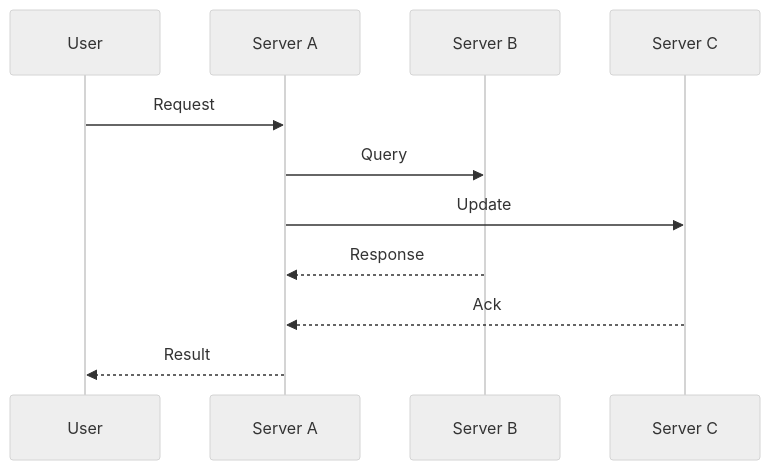
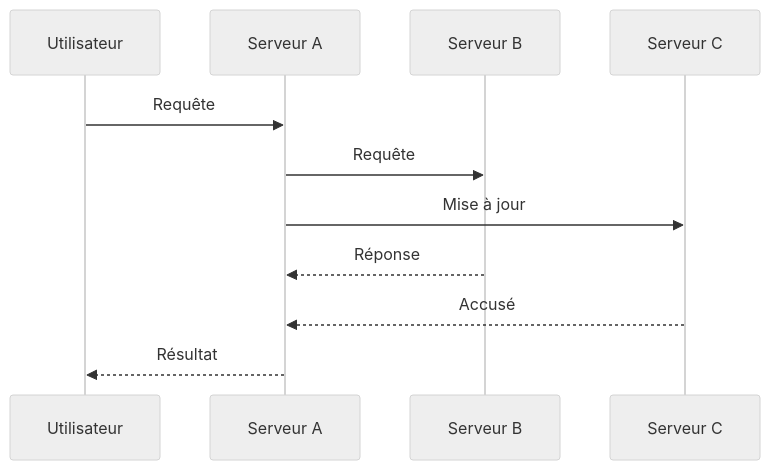
One commit to dardourimohamed/distributed-systems-course changed the second of 9 diagrams in src/fundamentals/01-what-is-ds.md. Above: the diagram before and after it, drawn with Mermaid (neutral theme). The commit also changed other lines of this file and 38 other files, not shown here.

````diff
--- a/src/fundamentals/01-what-is-ds.md
+++ b/src/fundamentals/01-what-is-ds.md
@@ -55,14 +55,14 @@
 ```mermaid
 sequenceDiagram
-    participant U as User
-    participant A as Server A
-    participant B as Server B
-    participant C as Server C
+    participant U as Utilisateur
+    participant A as Serveur A
+    participant B as Serveur B
+    participant C as Serveur C
 
-    U->>A: Request
-    A->>B: Query
-    A->>C: Update
-    B-->>A: Response
-    C-->>A: Ack
-    A-->>U: Result
+    U->>A: Requête
+    A->>B: Requête
+    A->>C: Mise à jour
+    B-->>A: Réponse
+    C-->>A: Accusé
+    A-->>U: Résultat
 ```
````
